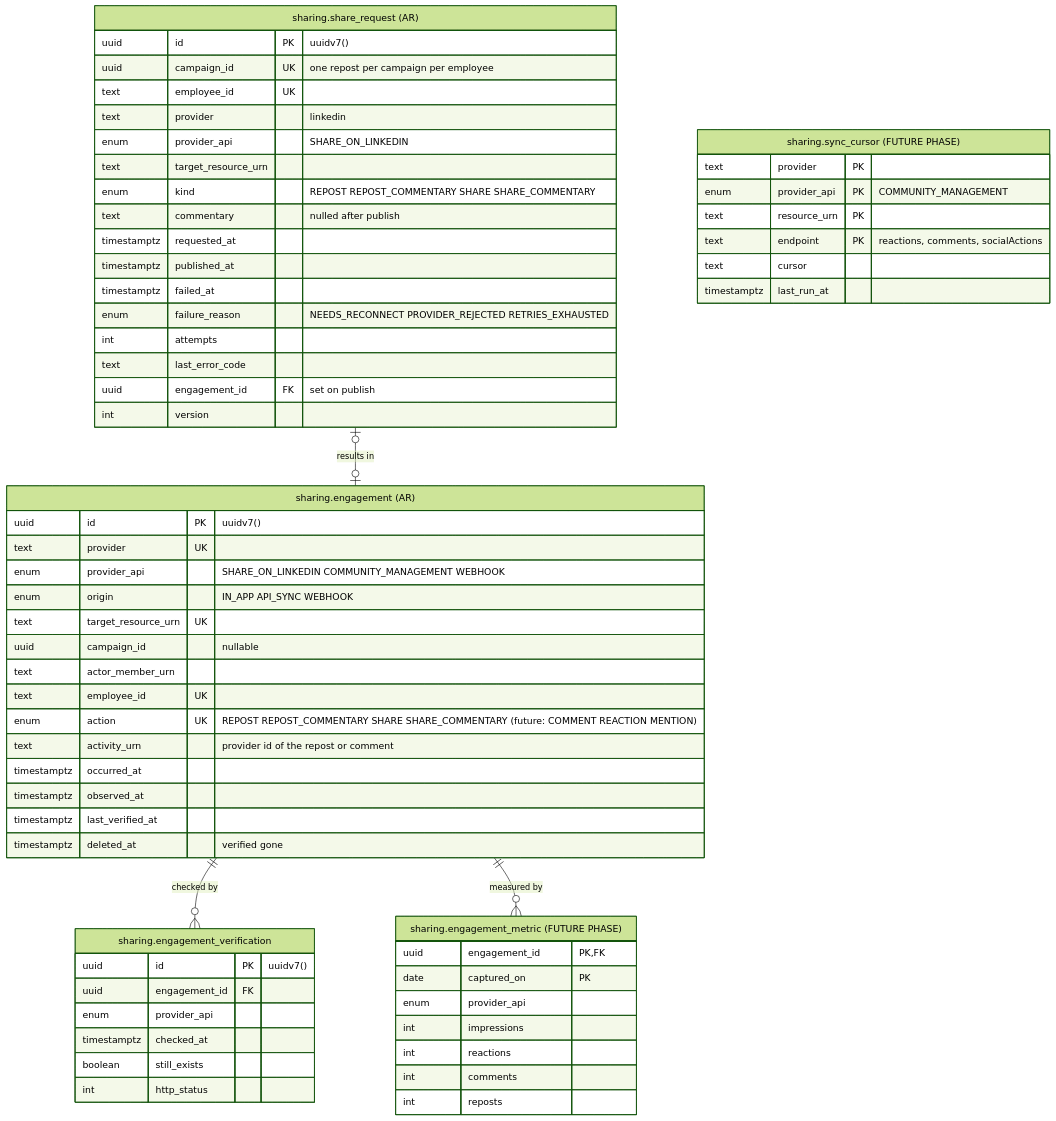
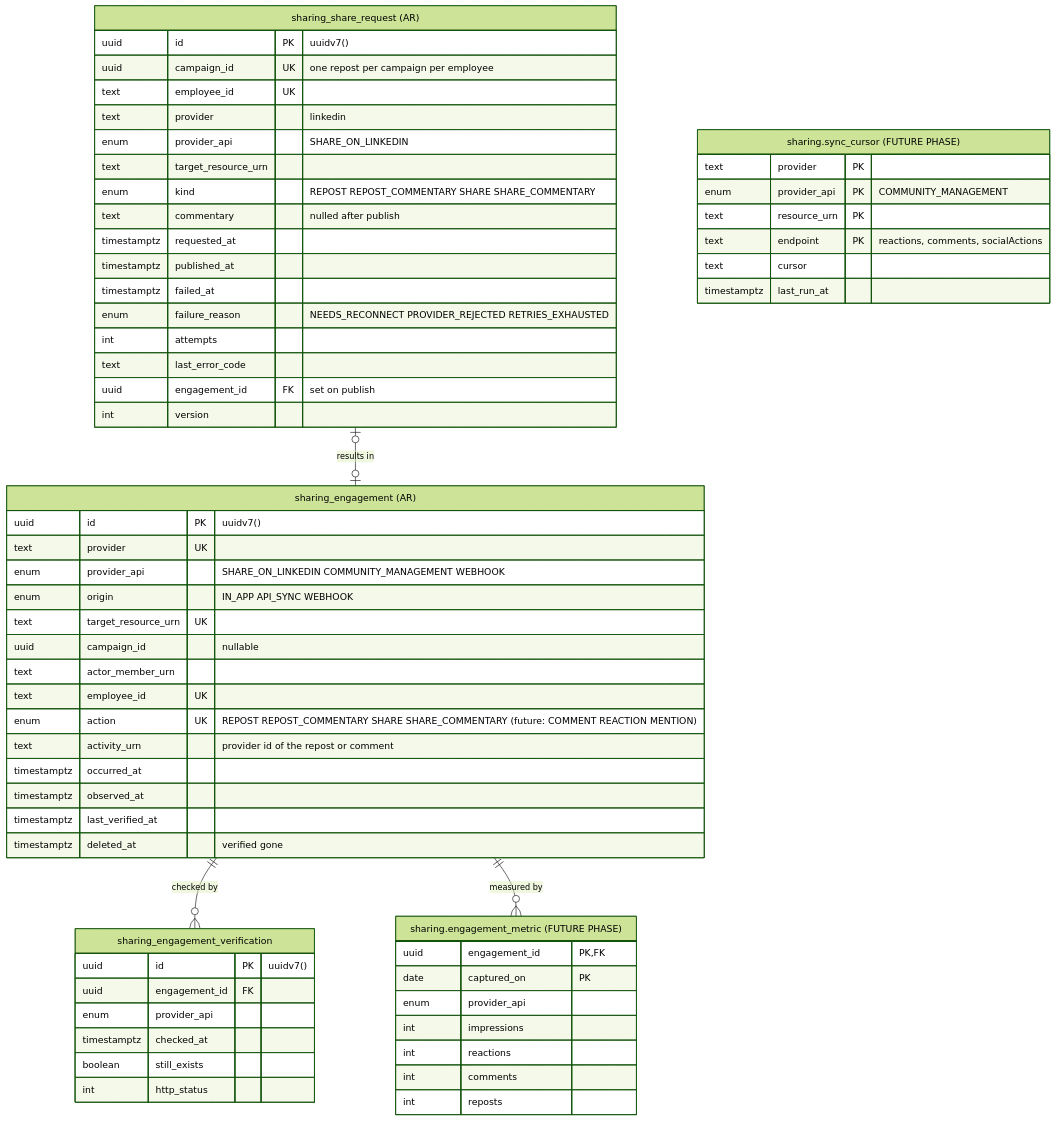
Before and after one commit to BechtelCanDoIt/marketing-tools: the fifth of 10 diagrams in apps/amplify/amplify-database/README.md, drawn with Mermaid (forest theme). The commit also changed other lines of this file and 170 other files, not shown here.

````diff
--- a/apps/amplify/amplify-database/README.md
+++ b/apps/amplify/amplify-database/README.md
@@ -354,66 +354,66 @@
 ```mermaid
 erDiagram
-    SHARE_REQUEST["sharing.share_request (AR)"] {
+    SHARE_REQUEST["sharing_share_request (AR)"] {
         uuid id PK "uuidv7()"
         uuid campaign_id UK "one repost per campaign per employee"
         text employee_id UK
         text provider "linkedin"
         enum provider_api "SHARE_ON_LINKEDIN"
         text target_resource_urn
         enum kind "REPOST REPOST_COMMENTARY SHARE SHARE_COMMENTARY"
         text commentary "nulled after publish"
         timestamptz requested_at
         timestamptz published_at
         timestamptz failed_at
         enum failure_reason "NEEDS_RECONNECT PROVIDER_REJECTED RETRIES_EXHAUSTED"
         int attempts
         text last_error_code
         uuid engagement_id FK "set on publish"
         int version
     }
-    ENGAGEMENT["sharing.engagement (AR)"] {
+    ENGAGEMENT["sharing_engagement (AR)"] {
         uuid id PK "uuidv7()"
         text provider UK
         enum provider_api "SHARE_ON_LINKEDIN COMMUNITY_MANAGEMENT WEBHOOK"
         enum origin "IN_APP API_SYNC WEBHOOK"
         text target_resource_urn UK
         uuid campaign_id "nullable"
         text actor_member_urn
         text employee_id UK
         enum action UK "REPOST REPOST_COMMENTARY SHARE SHARE_COMMENTARY (future: COMMENT REACTION MENTION)"
         text activity_urn "provider id of the repost or comment"
         timestamptz occurred_at
         timestamptz observed_at
         timestamptz last_verified_at
         timestamptz deleted_at "verified gone"
     }
-    ENGAGEMENT_VERIFICATION["sharing.engagement_verification"] {
+    ENGAGEMENT_VERIFICATION["sharing_engagement_verification"] {
         uuid id PK "uuidv7()"
         uuid engagement_id FK
         enum provider_api
         timestamptz checked_at
         boolean still_exists
         int http_status
     }
     ENGAGEMENT_METRIC["sharing.engagement_metric (FUTURE PHASE)"] {
         uuid engagement_id PK, FK
         date captured_on PK
         enum provider_api
         int impressions
         int reactions
         int comments
         int reposts
     }
     SYNC_CURSOR["sharing.sync_cursor (FUTURE PHASE)"] {
         text provider PK
         enum provider_api PK "COMMUNITY_MANAGEMENT"
         text resource_urn PK
         text endpoint PK "reactions, comments, socialActions"
         text cursor
         timestamptz last_run_at
     }
 
     SHARE_REQUEST |o--o| ENGAGEMENT : "results in"
     ENGAGEMENT ||--o{ ENGAGEMENT_VERIFICATION : "checked by"
     ENGAGEMENT ||--o{ ENGAGEMENT_METRIC : "measured by"
 ```
````
